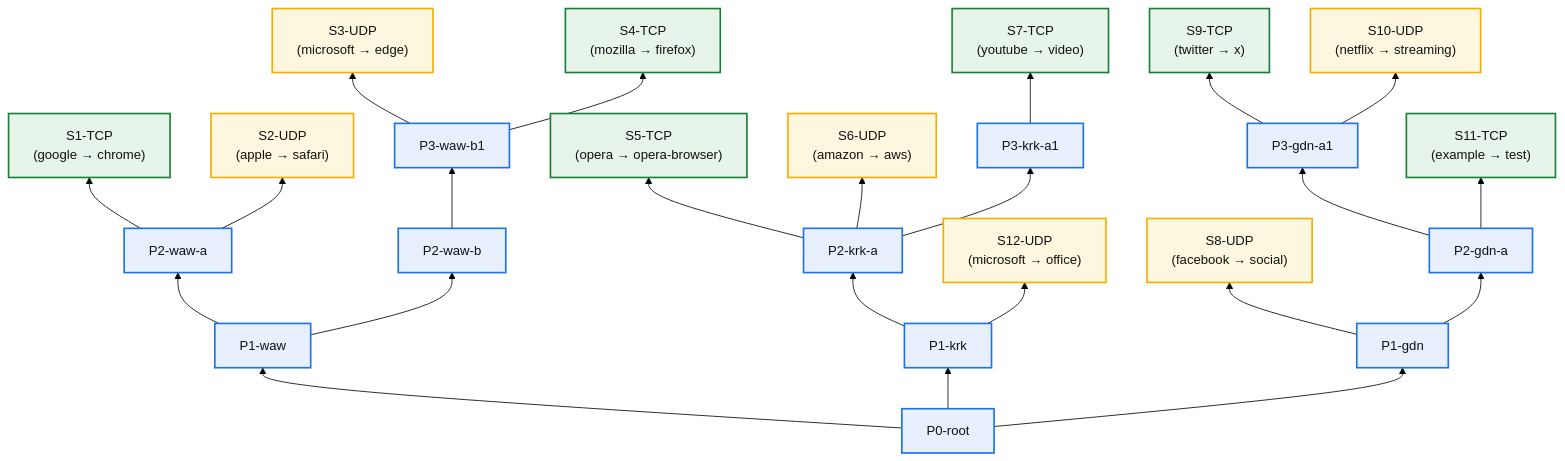
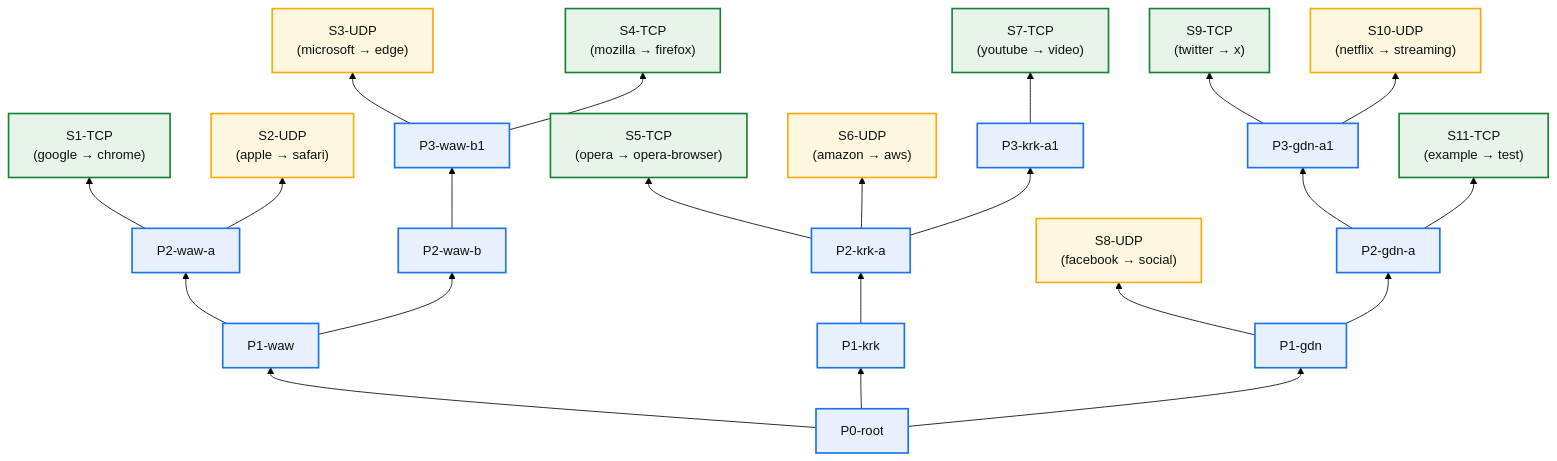
One commit to Pawiu2379/Proxy_SKJ_PJWSTK changed the diagram in Diagram_for_test.mmd. Above: the diagram before and after it, drawn with Mermaid (forest theme). The commit also changed 1 other file, not shown here.

```diff
--- a/Diagram_for_test.mmd
+++ b/Diagram_for_test.mmd
@@ -1,44 +1,42 @@
 ---
 config:
   layout: fixed
 ---
 flowchart BT
     P0["P0-root"] --> P1w["P1-waw"] & P1k["P1-krk"] & P1g["P1-gdn"]
     P1w --> P2wa["P2-waw-a"] & P2wb["P2-waw-b"]
     P2wa --> S1["S1-TCP<br>(google → chrome)"] & S2["S2-UDP<br>(apple → safari)"]
     P2wb --> P3wbb1["P3-waw-b1"]
     P3wbb1 --> S3["S3-UDP<br>(microsoft → edge)"] & S4["S4-TCP<br>(mozilla → firefox)"]
-    P1k --> P2ka["P2-krk-a"] & n1["S12-UDP<br>(microsoft → office)"]
+    P1k --> P2ka["P2-krk-a"]
     P2ka --> S5["S5-TCP<br>(opera → opera-browser)"] & S6["S6-UDP<br>(amazon → aws)"] & P3kaa1["P3-krk-a1"]
     P3kaa1 --> S7["S7-TCP<br>(youtube → video)"]
     P1g --> S8["S8-UDP<br>(facebook → social)"] & P2ga["P2-gdn-a"]
     P2ga --> P3gaa1["P3-gdn-a1"] & S11["S11-TCP<br>(example → test)"]
     P3gaa1 --> S9["S9-TCP<br>(twitter → x)"] & S10["S10-UDP<br>(netflix → streaming)"]
 
-    n1@{ shape: rect}
      P0:::proxy
      P1w:::proxy
      P1k:::proxy
      P1g:::proxy
      P2wa:::proxy
      P2wb:::proxy
      S1:::tcp
      S2:::udp
      P3wbb1:::proxy
      S3:::udp
      S4:::tcp
      P2ka:::proxy
-     n1:::udp
      S5:::tcp
      S6:::udp
      P3kaa1:::proxy
      S7:::tcp
      S8:::udp
      P2ga:::proxy
      P3gaa1:::proxy
      S11:::tcp
      S9:::tcp
      S10:::udp
     classDef proxy fill:#E8F0FE,stroke:#1A73E8,stroke-width:2px,color:#111
     classDef tcp fill:#E6F4EA,stroke:#188038,stroke-width:2px,color:#111
     classDef udp fill:#FEF7E0,stroke:#F9AB00,stroke-width:2px,color:#111
```
